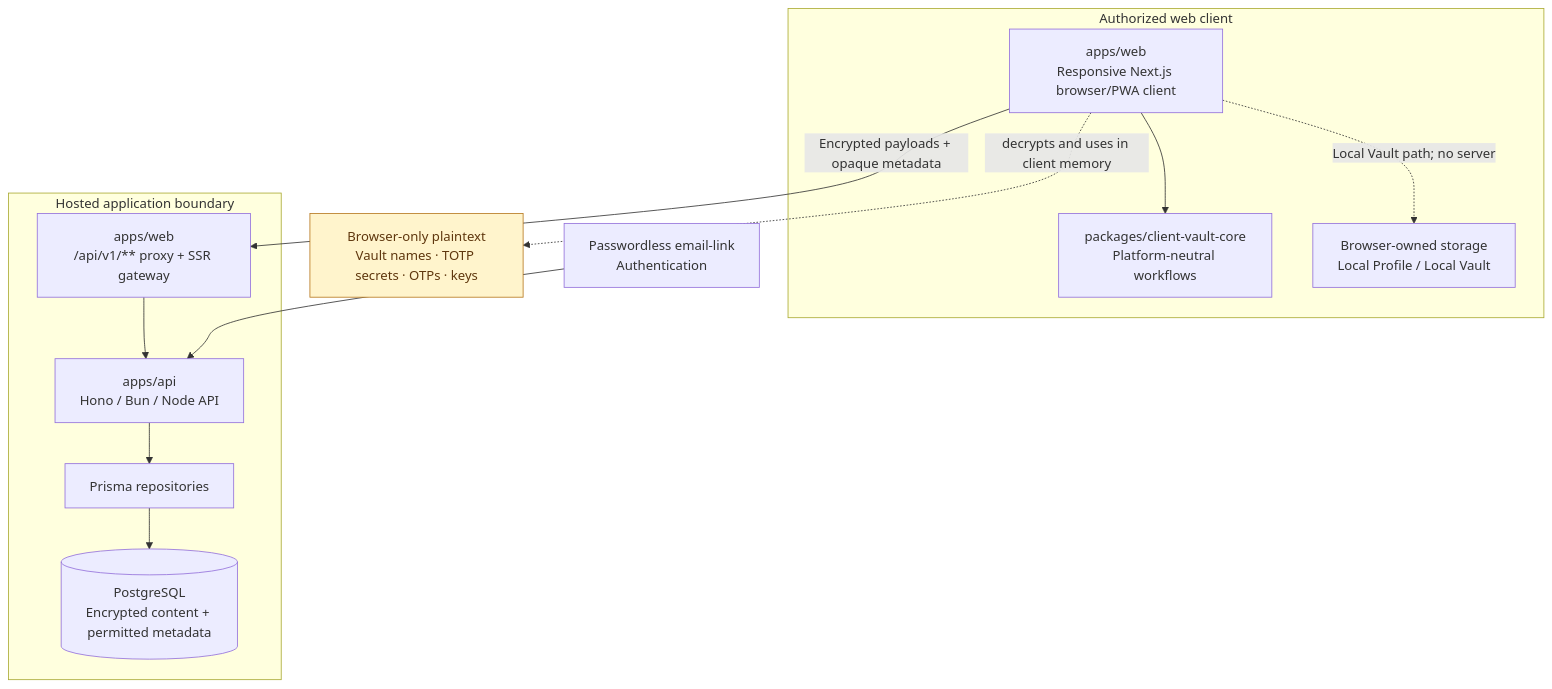
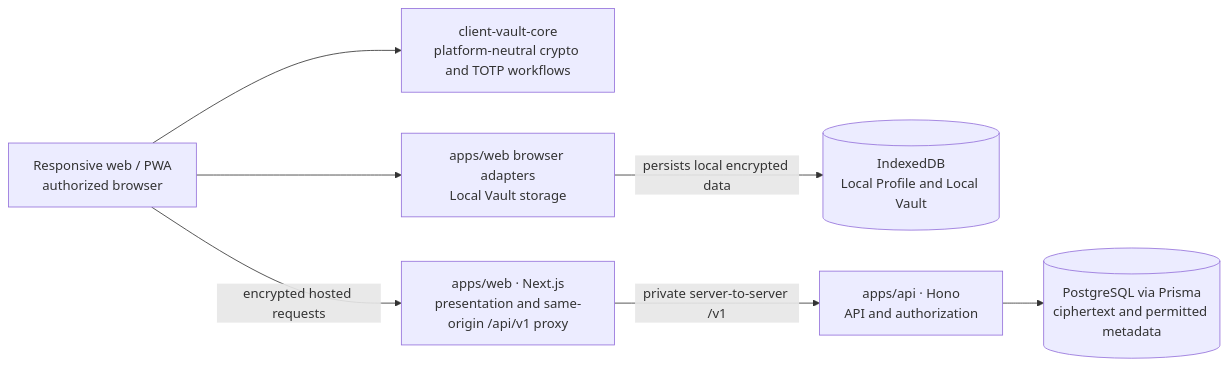
Before and after one commit to arrokh/rhasia-scret: the diagram in README.md, drawn with Mermaid. The commit also changed other lines of this file and 21 other files, not shown here.

````diff
--- a/README.md
+++ b/README.md
@@ -34,27 +42,17 @@
 ```mermaid
-flowchart TB
-    subgraph clients["Authorized web client"]
-        browser["apps/web<br/>Responsive Next.js browser/PWA client"]
-        core["packages/client-vault-core<br/>Platform-neutral workflows"]
-        local["Browser-owned storage<br/>Local Profile / Local Vault"]
-        browser --> core
-        browser -. "Local Vault path; no server" .-> local
-    end
+flowchart LR
+    Client["Responsive web / PWA<br/>authorized browser"]
+    Crypto["client-vault-core<br/>platform-neutral crypto and TOTP workflows"]
+    BrowserStorage["apps/web browser adapters<br/>Local Vault storage"]
+    Local[("IndexedDB<br/>Local Profile and Local Vault")]
+    Web["apps/web · Next.js<br/>presentation and same-origin /api/v1 proxy"]
+    API["apps/api · Hono<br/>API and authorization"]
+    DB[("PostgreSQL via Prisma<br/>ciphertext and permitted metadata")]
 
-    subgraph hosted["Hosted application boundary"]
-        api["apps/api<br/>Hono / Bun / Node API"]
-        prisma["Prisma repositories"]
-        database[("PostgreSQL<br/>Encrypted content + permitted metadata")]
-        proxy["apps/web<br/>/api/v1/** proxy + SSR gateway"]
-        proxy --> api
-        api --> prisma --> database
-    end
-
-    auth["Passwordless email-link<br/>Authentication"] --> api
-    browser -- "Encrypted payloads + opaque metadata" --> proxy
-    plaintext["Browser-only plaintext<br/>Vault names · TOTP secrets · OTPs · keys"]:::clientOnly
-    browser -. "decrypts and uses in client memory" .-> plaintext
-
-    classDef clientOnly fill:#fff4cc,stroke:#b7791f,color:#5f370e;
-    classDef hosted fill:#edf2f7,stroke:#4a5568,color:#1a202c;
+    Client --> Crypto
+    Client --> BrowserStorage
+    BrowserStorage -->|"persists local encrypted data"| Local
+    Client -->|"encrypted hosted requests"| Web
+    Web -->|"private server-to-server /v1"| API
+    API --> DB
 ```
````
